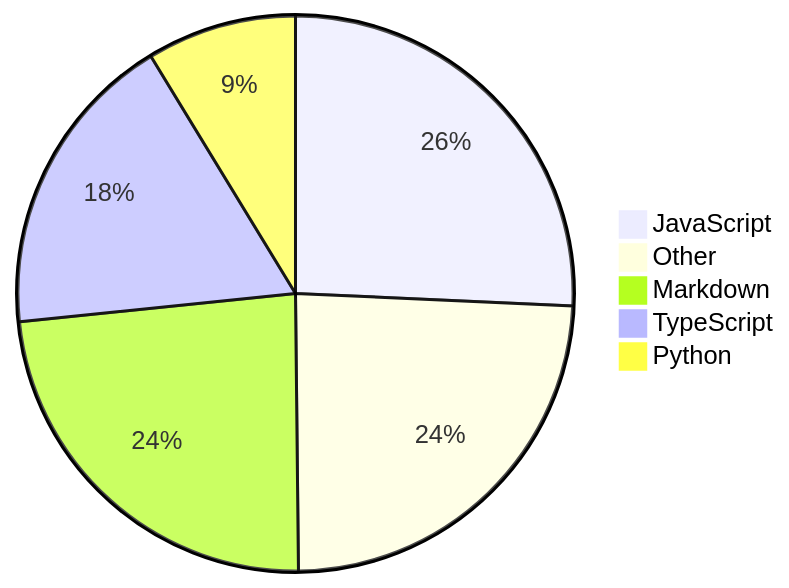
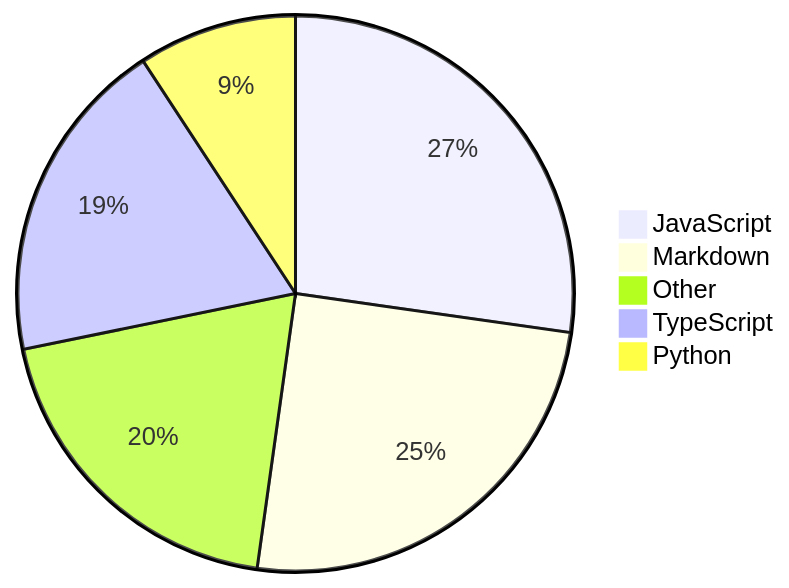
One commit to Alicia111/alicia111 changed the diagram in README.md. Above: the diagram before and after it, drawn with Mermaid.

Commit message:
Update WakaTime stats (・ω・)b

````diff
--- a/README.md
+++ b/README.md
@@ -32,8 +32,8 @@
 ```mermaid
 pie
-    "JavaScript" : 20.33
-    "Other" : 19.07
-    "Markdown" : 18.62
-    "TypeScript" : 14.16
-    "Python" : 6.89
+    "JavaScript" : 21.28
+    "Markdown" : 19.49
+    "Other" : 15.28
+    "TypeScript" : 14.83
+    "Python" : 7.21
 ```
````
